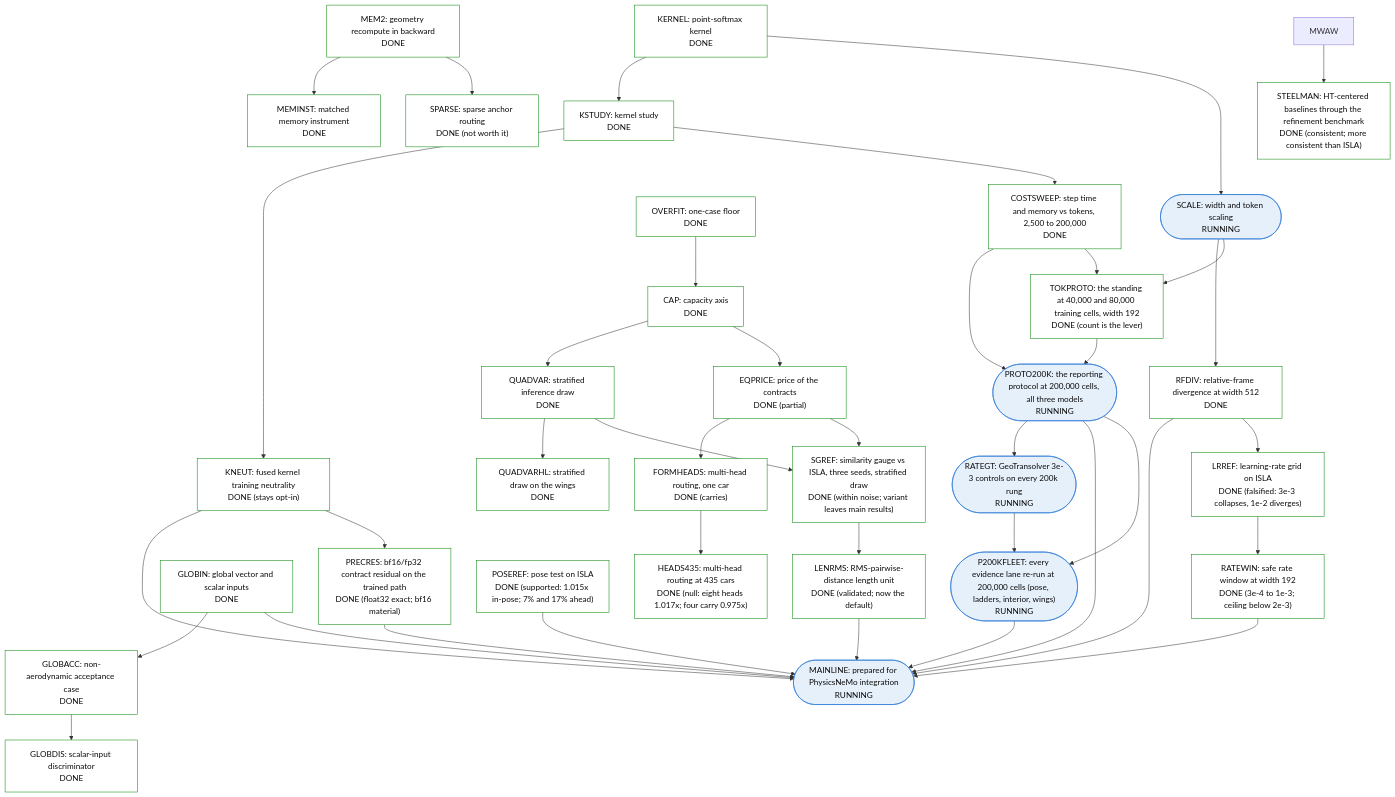
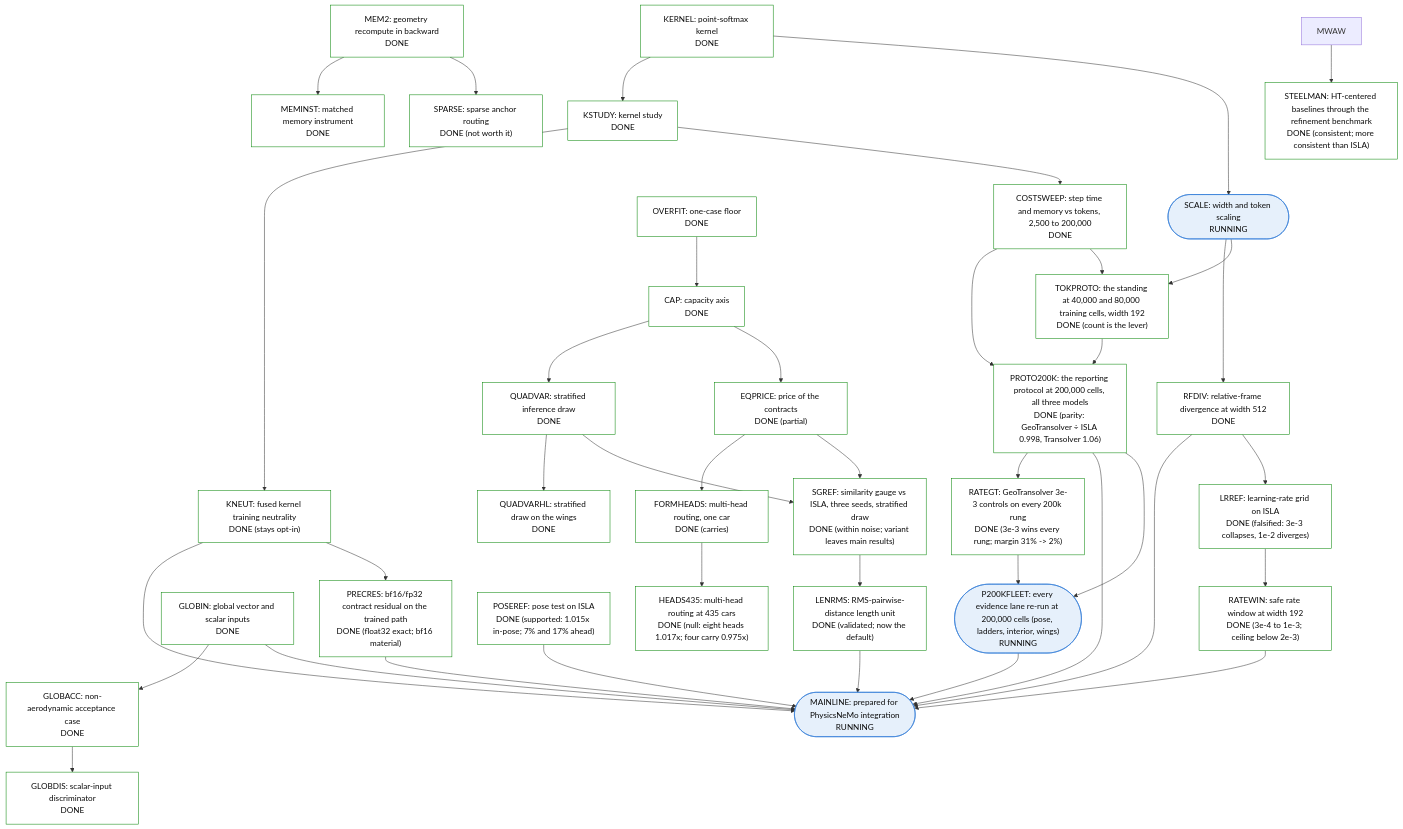
The fifth of 5 diagrams in examples/cfd/mesh_transformer/book/13-program-status.qmd (peterdsharpe/physicsnemo), drawn with Mermaid before and after one commit. The commit also changed other lines of this file and 3 other files, not shown here.

````diff
--- a/examples/cfd/mesh_transformer/book/13-program-status.qmd
+++ b/examples/cfd/mesh_transformer/book/13-program-status.qmd
@@ -281,80 +281,80 @@
 ```{mermaid}
 %%| fig-cap: >
 %%|   Sub-tree 5: cost, scale, deficit anatomy and mainline. HEADS435 is the
 %%|   one node RUNNING with a bar that could change ISLA's
 %%|   configuration; MAINLINE is the productization node.
 flowchart TB
     classDef done fill:#ffffff,stroke:#008300,color:#0b0b0b
     classDef running fill:#e6f0fb,stroke:#2a78d6,color:#0b0b0b
     classDef planned fill:#ffffff,stroke:#898781,color:#0b0b0b,stroke-dasharray:4 3
     classDef stopped fill:#f4f3ee,stroke:#52514e,color:#0b0b0b
     MEM2["MEM2: geometry recompute in backward<br/>DONE"]:::done
     MEMINST["MEMINST: matched memory instrument<br/>DONE"]:::done
     SPARSE["SPARSE: sparse anchor routing<br/>DONE (not worth it)"]:::done
     KERNEL["KERNEL: point-softmax kernel<br/>DONE"]:::done
     KSTUDY["KSTUDY: kernel study<br/>DONE"]:::done
     KNEUT["KNEUT: fused kernel training neutrality<br/>DONE (stays opt-in)"]:::done
     SCALE(["SCALE: width and token scaling<br/>RUNNING"]):::running
     RFDIV["RFDIV: relative-frame divergence at width 512<br/>DONE"]:::done
     OVERFIT["OVERFIT: one-case floor<br/>DONE"]:::done
     CAP["CAP: capacity axis<br/>DONE"]:::done
     QUADVAR["QUADVAR: stratified inference draw<br/>DONE"]:::done
     QUADVARHL["QUADVARHL: stratified draw on the wings<br/>DONE"]:::done
     EQPRICE["EQPRICE: price of the contracts<br/>DONE (partial)"]:::done
     FORMHEADS["FORMHEADS: multi-head routing, one car<br/>DONE (carries)"]:::done
     HEADS435["HEADS435: multi-head routing at 435 cars<br/>DONE (null: eight heads 1.017x; four carry 0.975x)"]:::done
     GLOBIN["GLOBIN: global vector and scalar inputs<br/>DONE"]:::done
     GLOBACC["GLOBACC: non-aerodynamic acceptance case<br/>DONE"]:::done
     GLOBDIS["GLOBDIS: scalar-input discriminator<br/>DONE"]:::done
     MAINLINE(["MAINLINE: prepared for PhysicsNeMo integration<br/>RUNNING"]):::running
     PRECRES["PRECRES: bf16/fp32 contract residual on the trained path<br/>DONE (float32 exact; bf16 material)"]:::done
     SGREF["SGREF: similarity gauge vs ISLA, three seeds, stratified draw<br/>DONE (within noise; variant leaves main results)"]:::done
     POSEREF["POSEREF: pose test on ISLA<br/>DONE (supported: 1.015x in-pose; 7% and 17% ahead)"]:::done
     LRREF["LRREF: learning-rate grid on ISLA<br/>DONE (falsified: 3e-3 collapses, 1e-2 diverges)"]:::done
     RATEWIN["RATEWIN: safe rate window at width 192<br/>DONE (3e-4 to 1e-3; ceiling below 2e-3)"]:::done
-    RATEGT(["RATEGT: GeoTransolver 3e-3 controls on every 200k rung<br/>RUNNING"]):::running
+    RATEGT["RATEGT: GeoTransolver 3e-3 controls on every 200k rung<br/>DONE (3e-3 wins every rung; margin 31% -> 2%)"]:::done
     LENRMS["LENRMS: RMS-pairwise-distance length unit<br/>DONE (validated; now the default)"]:::done
     STEELMAN["STEELMAN: HT-centered baselines through the refinement benchmark<br/>DONE (consistent; more consistent than ISLA)"]:::done
     TOKPROTO["TOKPROTO: the standing at 40,000 and 80,000 training cells, width 192<br/>DONE (count is the lever)"]:::done
-    PROTO200K(["PROTO200K: the reporting protocol at 200,000 cells, all three models<br/>RUNNING"]):::running
+    PROTO200K["PROTO200K: the reporting protocol at 200,000 cells, all three models<br/>DONE (parity: GeoTransolver ÷ ISLA 0.998, Transolver 1.06)"]:::done
     P200KFLEET(["P200KFLEET: every evidence lane re-run at 200,000 cells (pose, ladders, interior, wings)<br/>RUNNING"]):::running
     COSTSWEEP["COSTSWEEP: step time and memory vs tokens, 2,500 to 200,000<br/>DONE"]:::done
     MEM2 --> MEMINST
     MEM2 --> SPARSE
     KERNEL --> KSTUDY
     KSTUDY --> KNEUT
     KERNEL --> SCALE
     SCALE --> RFDIV
     OVERFIT --> CAP
     CAP --> QUADVAR
     QUADVAR --> QUADVARHL
     CAP --> EQPRICE
     EQPRICE --> FORMHEADS
     FORMHEADS --> HEADS435
     GLOBIN --> GLOBACC
     GLOBACC --> GLOBDIS
     GLOBIN --> MAINLINE
     RFDIV --> MAINLINE
     KNEUT --> MAINLINE
     KNEUT --> PRECRES
     PRECRES --> MAINLINE
     QUADVAR --> SGREF
     EQPRICE --> SGREF
     RFDIV --> LRREF
     POSEREF --> MAINLINE
     LRREF --> RATEWIN
     PROTO200K --> RATEGT
     RATEGT --> P200KFLEET
     RATEWIN --> MAINLINE
     SGREF --> LENRMS
     LENRMS --> MAINLINE
     MWAW --> STEELMAN
     SCALE --> TOKPROTO
     TOKPROTO --> PROTO200K
     COSTSWEEP --> PROTO200K
     PROTO200K --> MAINLINE
     PROTO200K --> P200KFLEET
     P200KFLEET --> MAINLINE
     KSTUDY --> COSTSWEEP
     COSTSWEEP --> TOKPROTO
 ```
````
